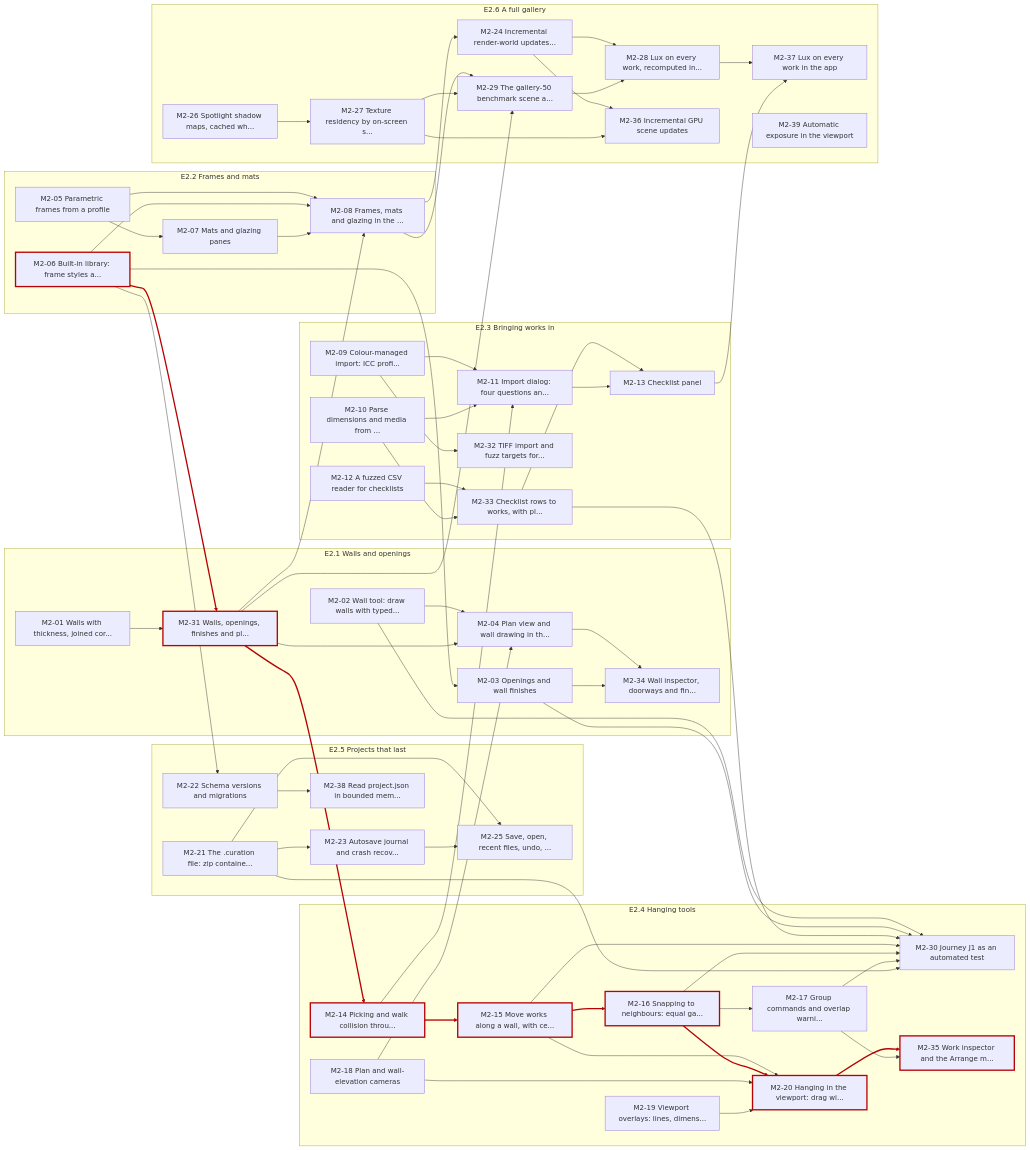
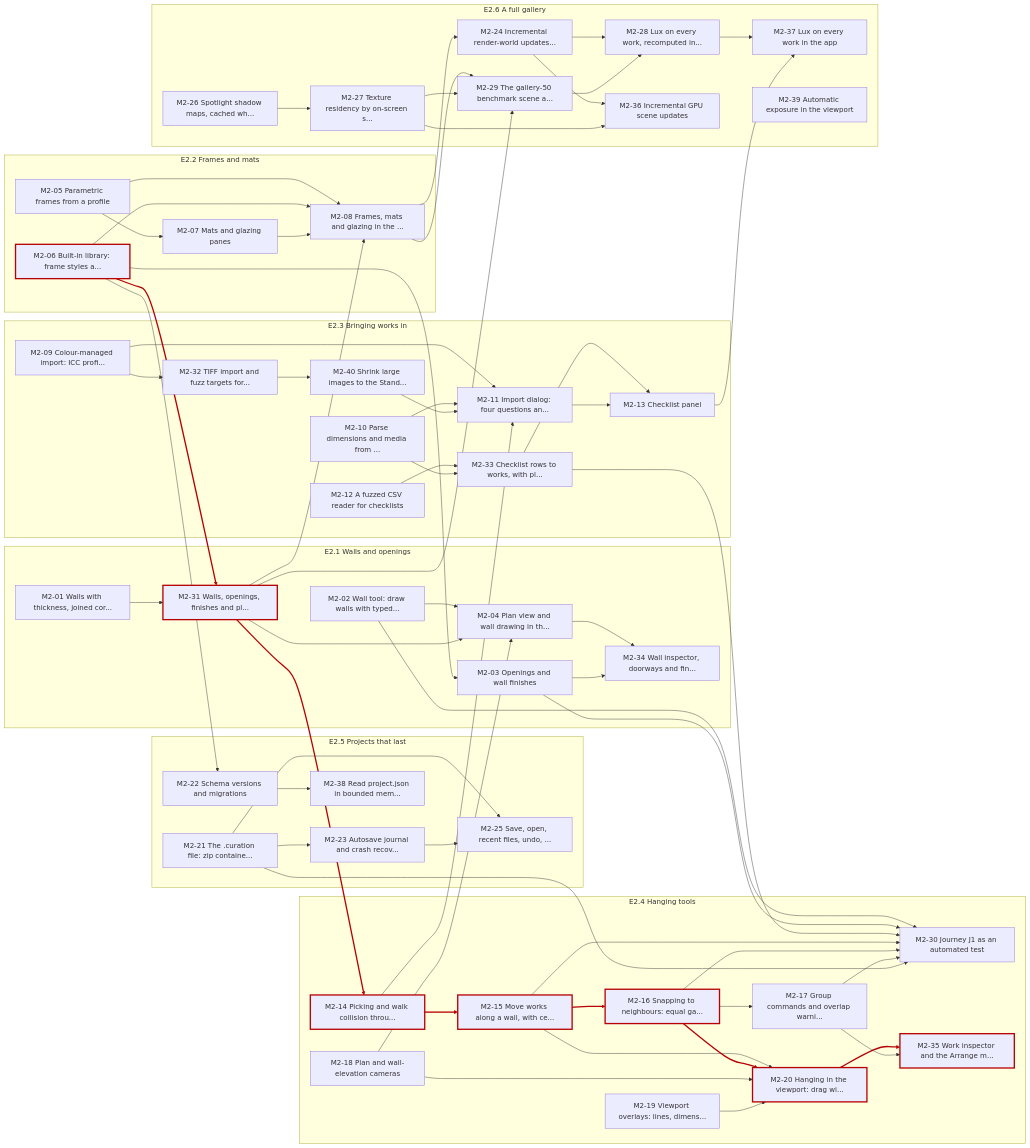
The third of 3 diagrams in docs/roadmap.md (groundbeeflover/curation_sandbox), drawn with Mermaid before and after one commit. The commit also changed other lines of this file and 1 other file, not shown here.

Commit message:
File M2-40: shrink large images to the Standard cap on import (#150)
- M2-40 (assets, M, after M2-32): images over ADR 0004's 8192 px long
  edge are shrunk on import in linear light, without holding the full
  image as float, and the refusal limits move to the source, so 48- and
  170-megapixel images import. From the review of M1-14 (#145)
- M2-11 waits for it and says in the dialog what was shrunk
- The M2 table, graph and assets lane are regenerated

````diff
--- a/docs/roadmap.md
+++ b/docs/roadmap.md
@@ -451,6 +452,7 @@
     M2_13["M2-13 Checklist panel"]
     M2_32["M2-32 TIFF import and fuzz targets for..."]
     M2_33["M2-33 Checklist rows to works, with pl..."]
+    M2_40["M2-40 Shrink large images to the Stand..."]
   end
   subgraph E2_4["E2.4 Hanging tools"]
     M2_14["M2-14 Picking and walk collision throu..."]
@@ -492,6 +494,7 @@
   M2_09 --> M2_11
   M2_10 --> M2_11
   M2_14 --> M2_11
+  M2_40 --> M2_11
   M2_33 --> M2_13
   M2_11 --> M2_13
   M2_31 --> M2_14
@@ -534,7 +537,8 @@
   M2_28 --> M2_37
   M2_13 --> M2_37
   M2_22 --> M2_38
+  M2_32 --> M2_40
   classDef crit stroke:#b60205,stroke-width:3px
   class M2_06,M2_31,M2_14,M2_15,M2_16,M2_20,M2_35 crit
-  linkStyle 14,15,16,19,41,47 stroke:#b60205,stroke-width:3px
+  linkStyle 15,16,17,20,42,48 stroke:#b60205,stroke-width:3px
 ```
````
